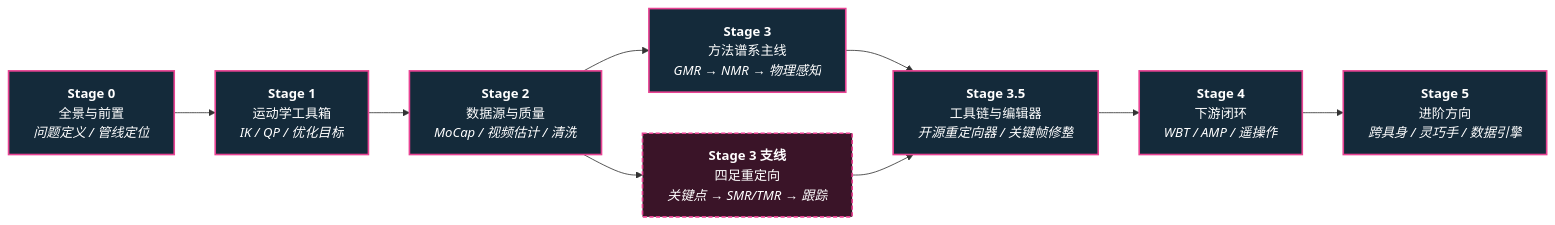
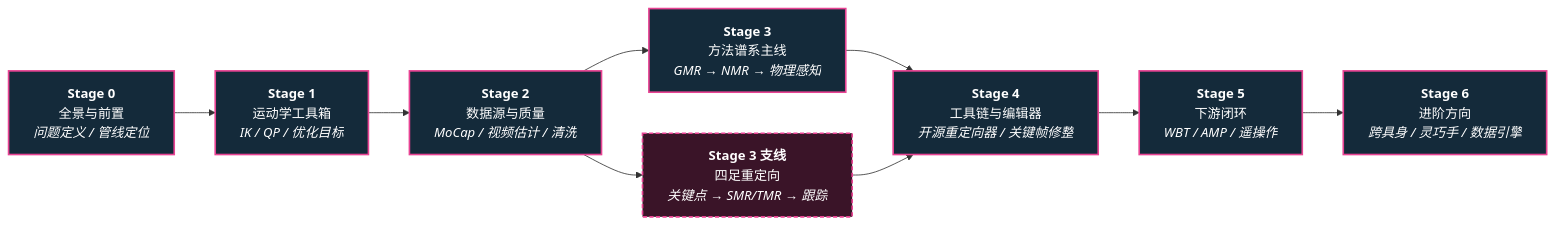
One commit to ImChong/Robotics_Notebooks changed the diagram in roadmap/depth-motion-retargeting.md. Above: the diagram before and after it, drawn with Mermaid. The commit also changed other lines of this file and 3 other files, not shown here.

First line of the commit message:
fix(roadmap): 动作重定向新增阶段改用整数编号 Stage 4（原 4/5 顺延为 5/6）

````diff
--- a/roadmap/depth-motion-retargeting.md
+++ b/roadmap/depth-motion-retargeting.md
@@ -7,19 +7,19 @@
 ```mermaid
 flowchart LR
   S0["<b>Stage 0</b><br/>全景与前置<br/><em>问题定义 / 管线定位</em>"]
   S1["<b>Stage 1</b><br/>运动学工具箱<br/><em>IK / QP / 优化目标</em>"]
   S2["<b>Stage 2</b><br/>数据源与质量<br/><em>MoCap / 视频估计 / 清洗</em>"]
   S3["<b>Stage 3</b><br/>方法谱系主线<br/><em>GMR → NMR → 物理感知</em>"]
   S3Q["<b>Stage 3 支线</b><br/>四足重定向<br/><em>关键点 → SMR/TMR → 跟踪</em>"]
-  S35["<b>Stage 3.5</b><br/>工具链与编辑器<br/><em>开源重定向器 / 关键帧修整</em>"]
-  S4["<b>Stage 4</b><br/>下游闭环<br/><em>WBT / AMP / 遥操作</em>"]
-  S5["<b>Stage 5</b><br/>进阶方向<br/><em>跨具身 / 灵巧手 / 数据引擎</em>"]
+  S4["<b>Stage 4</b><br/>工具链与编辑器<br/><em>开源重定向器 / 关键帧修整</em>"]
+  S5["<b>Stage 5</b><br/>下游闭环<br/><em>WBT / AMP / 遥操作</em>"]
+  S6["<b>Stage 6</b><br/>进阶方向<br/><em>跨具身 / 灵巧手 / 数据引擎</em>"]
 
-  S0 --> S1 --> S2 --> S3 --> S35 --> S4 --> S5
-  S2 --> S3Q --> S35
+  S0 --> S1 --> S2 --> S3 --> S4 --> S5 --> S6
+  S2 --> S3Q --> S4
 
   classDef stage fill:#142a3a,stroke:#e84393,stroke-width:2px,color:#fff
   classDef branch fill:#3a1428,stroke:#e84393,stroke-width:2px,stroke-dasharray:5 3,color:#fff
-  class S0,S1,S2,S3,S35,S4,S5 stage
+  class S0,S1,S2,S3,S4,S5,S6 stage
   class S3Q branch
 ```
````
